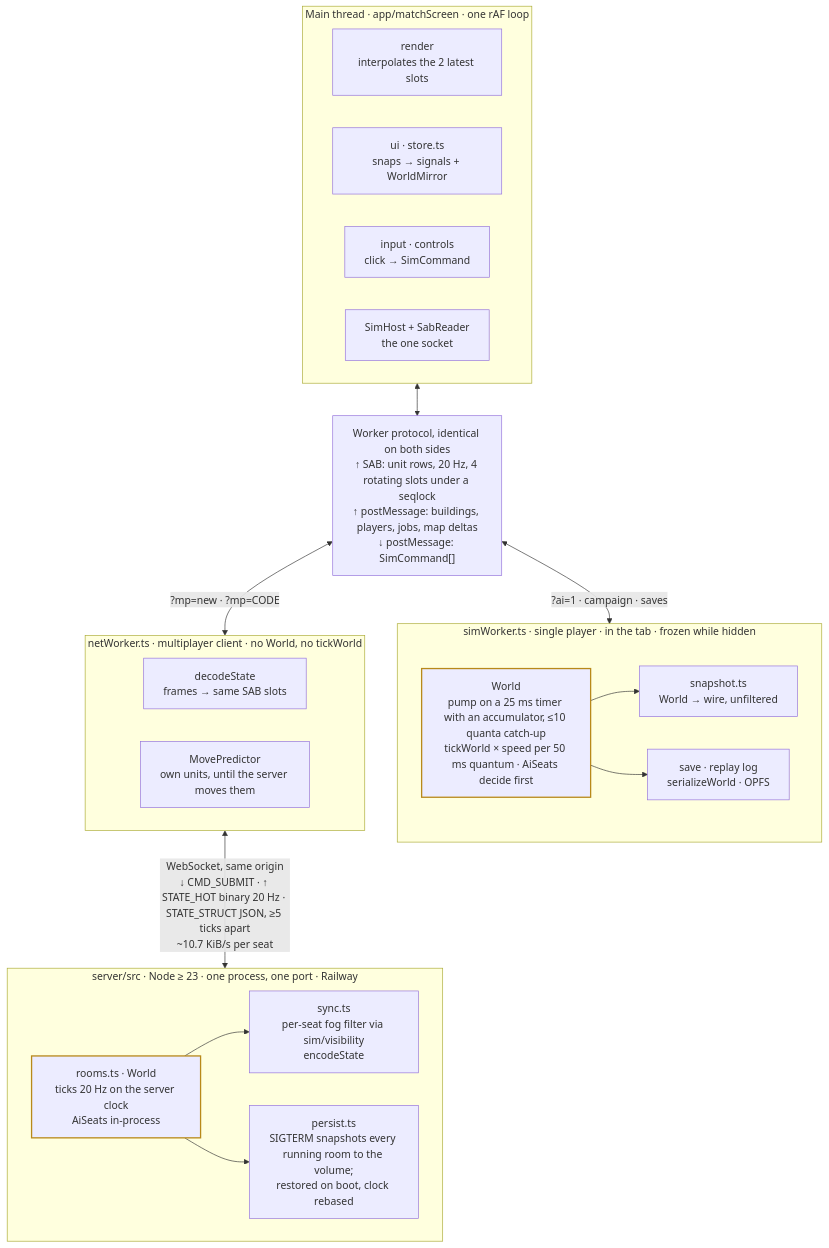
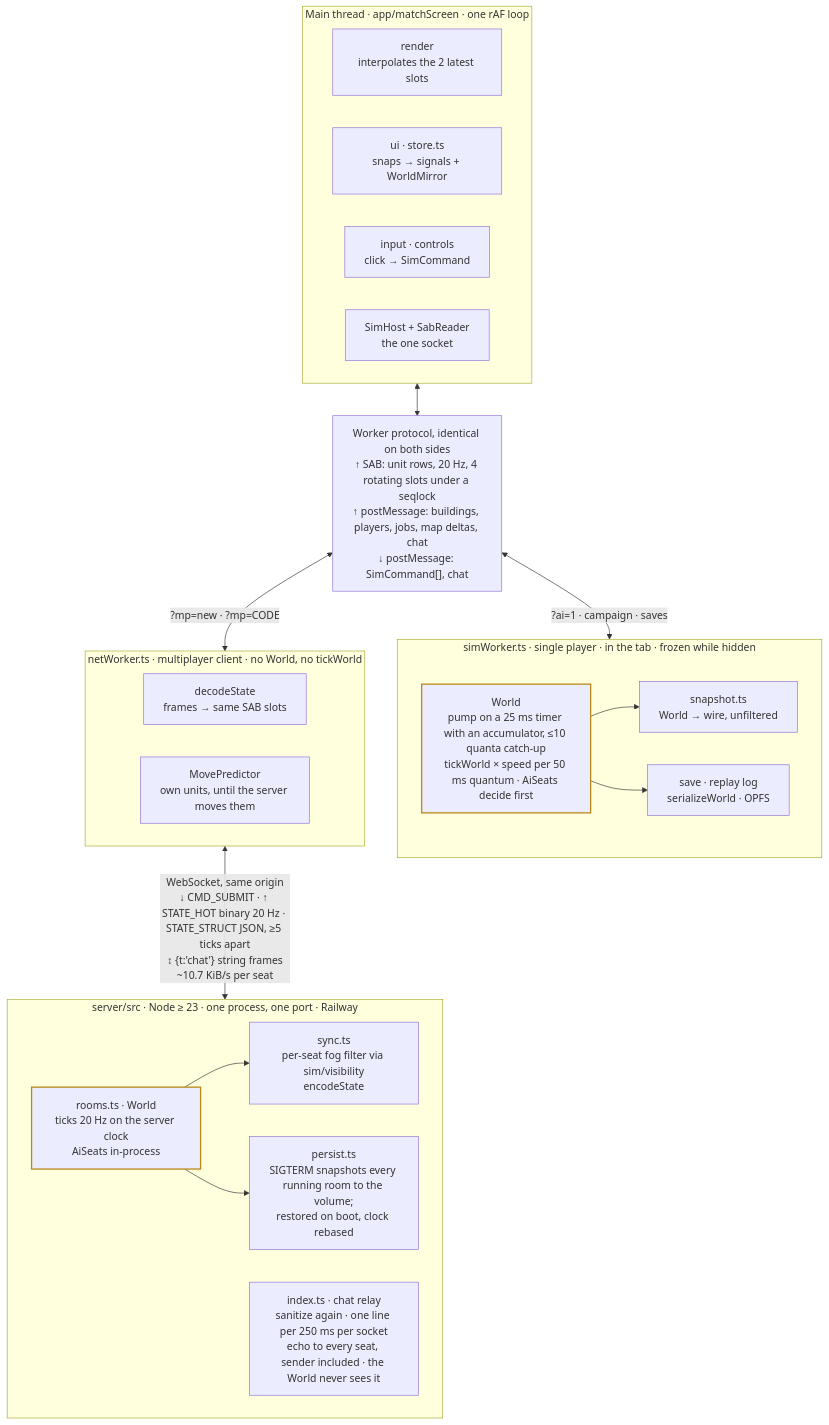
The second of 2 diagrams in docs/architecture.md (arv/serf), drawn with Mermaid before and after one commit. The commit also changed other lines of this file, not shown here.

First line of the commit message:
docs(architecture): chat is the one thing on the wire that is not world state

````diff
--- a/docs/architecture.md
+++ b/docs/architecture.md
@@ -102,41 +102,42 @@
 ```mermaid
 flowchart TB
   subgraph main["Main thread · app/matchScreen · one rAF loop"]
     direction LR
     render["render<br/>interpolates the 2 latest slots"]
     uistore["ui · store.ts<br/>snaps → signals + WorldMirror"]
     controls["input · controls<br/>click → SimCommand"]
     host["SimHost + SabReader<br/>the one socket"]
   end
-  wire["Worker protocol, identical on both sides<br/>↑ SAB: unit rows, 20 Hz, 4 rotating slots under a seqlock<br/>↑ postMessage: buildings, players, jobs, map deltas<br/>↓ postMessage: SimCommand[]"]
+  wire["Worker protocol, identical on both sides<br/>↑ SAB: unit rows, 20 Hz, 4 rotating slots under a seqlock<br/>↑ postMessage: buildings, players, jobs, map deltas, chat<br/>↓ postMessage: SimCommand[], chat"]
   main <--> wire
 
   subgraph solo["simWorker.ts · single player · in the tab · frozen while hidden"]
     world1["World<br/>pump on a 25 ms timer with an accumulator, ≤10 quanta catch-up<br/>tickWorld × speed per 50 ms quantum · AiSeats decide first"]
     snap["snapshot.ts<br/>World → wire, unfiltered"]
     save["save · replay log<br/>serializeWorld · OPFS"]
     world1 --> snap
     world1 --> save
   end
   wire <-- "?ai=1 · campaign · saves" --> solo
 
   subgraph mp["netWorker.ts · multiplayer client · no World, no tickWorld"]
     direction LR
     decode["decodeState<br/>frames → same SAB slots"]
     predict["MovePredictor<br/>own units, until the server moves them"]
   end
   wire <-- "?mp=new · ?mp=CODE" --> mp
 
   subgraph srv["server/src · Node ≥ 23 · one process, one port · Railway"]
     direction LR
     rooms["rooms.ts · World<br/>ticks 20 Hz on the server clock<br/>AiSeats in-process"]
     sync["sync.ts<br/>per-seat fog filter via sim/visibility<br/>encodeState"]
     persist["persist.ts<br/>SIGTERM snapshots every running room to the volume;<br/>restored on boot, clock rebased"]
+    relay["index.ts · chat relay<br/>sanitize again · one line per 250 ms per socket<br/>echo to every seat, sender included · the World never sees it"]
     rooms --> sync
     rooms --> persist
   end
-  mp <-- "WebSocket, same origin<br/>↓ CMD_SUBMIT · ↑ STATE_HOT binary 20 Hz · STATE_STRUCT JSON, ≥5 ticks apart<br/>~10.7 KiB/s per seat" --> srv
+  mp <-- "WebSocket, same origin<br/>↓ CMD_SUBMIT · ↑ STATE_HOT binary 20 Hz · STATE_STRUCT JSON, ≥5 ticks apart<br/>↕ {t:'chat'} string frames<br/>~10.7 KiB/s per seat" --> srv
 
   style world1 stroke:#b8891a,stroke-width:2px
   style rooms stroke:#b8891a,stroke-width:2px
 ```
````
